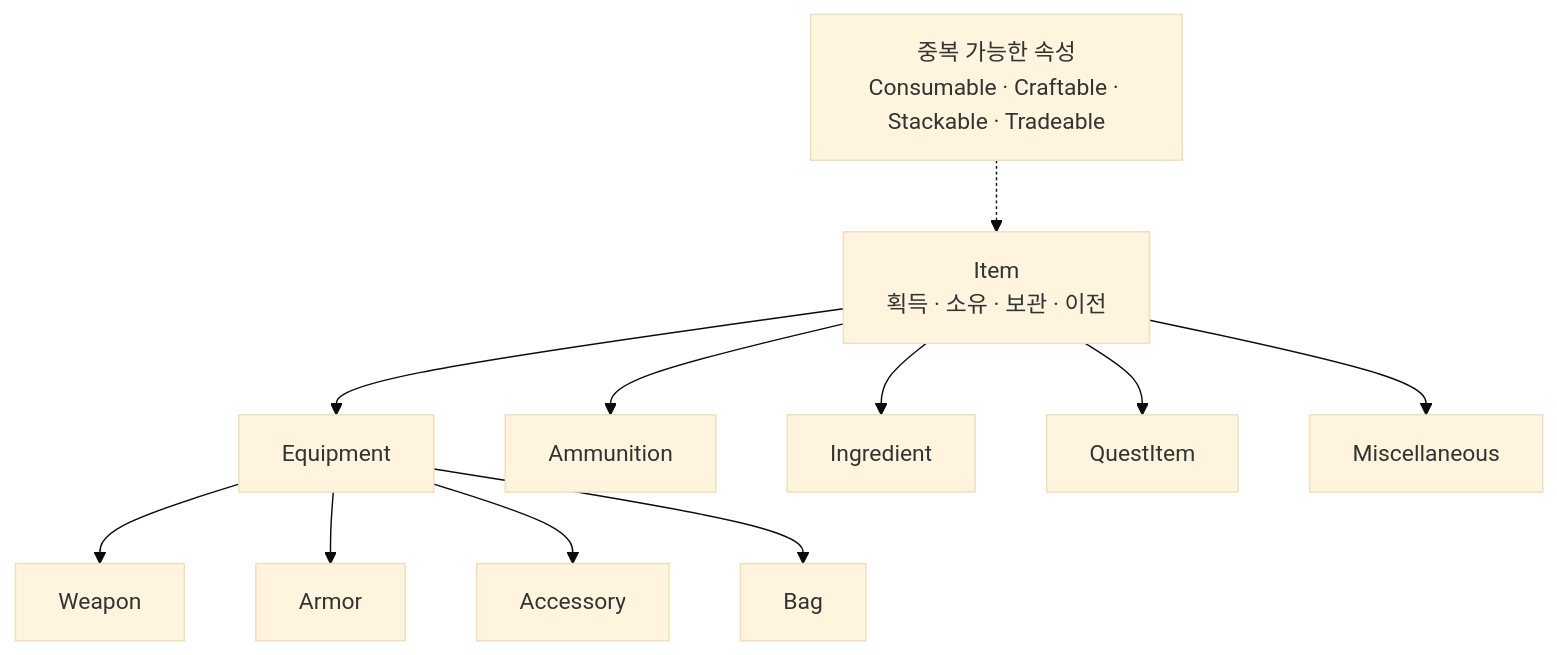
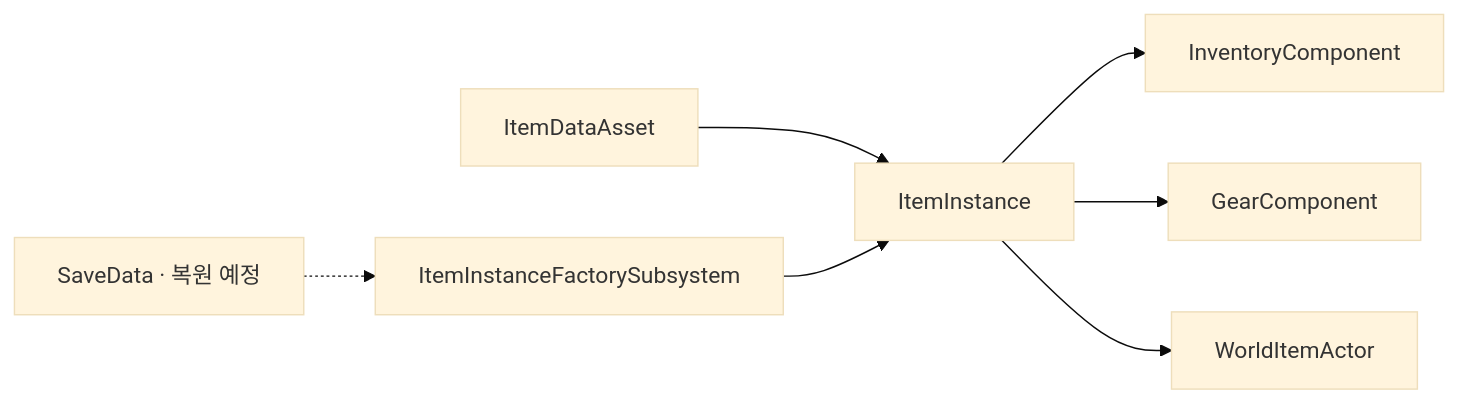
One commit to liang2papa/Astra_Docs changed the diagram in Wiki/03_시스템 설계/객체 설계/Item.md. Above: the diagram before and after it, drawn with Mermaid (base theme). The commit also changed other lines of this file and 137 other files, not shown here.

````diff
--- a/Wiki/03_시스템 설계/객체 설계/Item.md
+++ b/Wiki/03_시스템 설계/객체 설계/Item.md
@@ -3,13 +5,9 @@
 ```mermaid
-flowchart TD
-    Item["Item<br/>획득 · 소유 · 보관 · 이전"] --> Equipment["Equipment"]
-    Equipment --> Weapon["Weapon"]
-    Equipment --> Armor["Armor"]
-    Equipment --> Accessory["Accessory"]
-    Equipment --> Bag["Bag"]
-    Item --> Ammunition["Ammunition"]
-    Item --> Ingredient["Ingredient"]
-    Item --> Quest["QuestItem"]
-    Item --> Misc["Miscellaneous"]
-    Traits["중복 가능한 속성<br/>Consumable · Craftable · Stackable · Tradeable"] -.-> Item
+flowchart LR
+    DA["ItemDataAsset"] --> Instance["ItemInstance"]
+    Factory["ItemInstanceFactorySubsystem"] --> Instance
+    Instance --> Inventory["InventoryComponent"]
+    Instance --> Gear["GearComponent"]
+    Instance --> World["WorldItemActor"]
+    Save["SaveData · 복원 예정"] -.-> Factory
 ```
````
